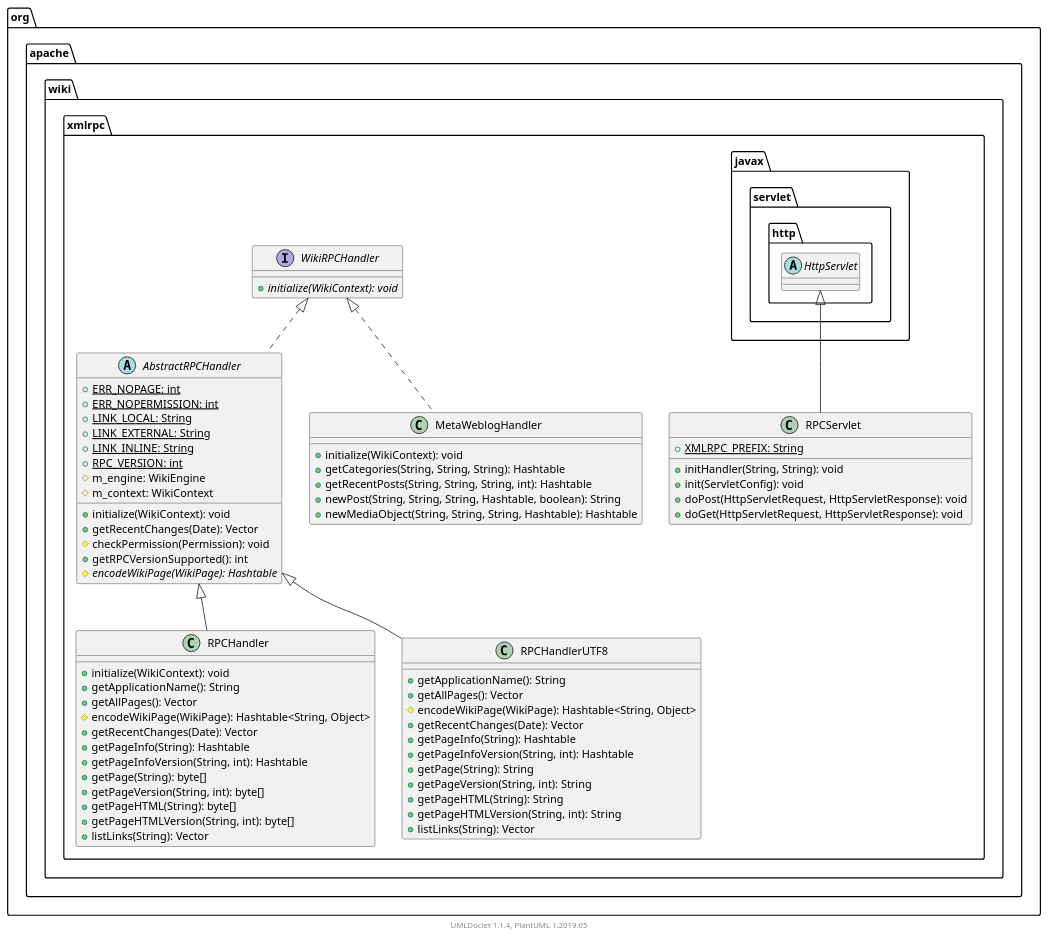
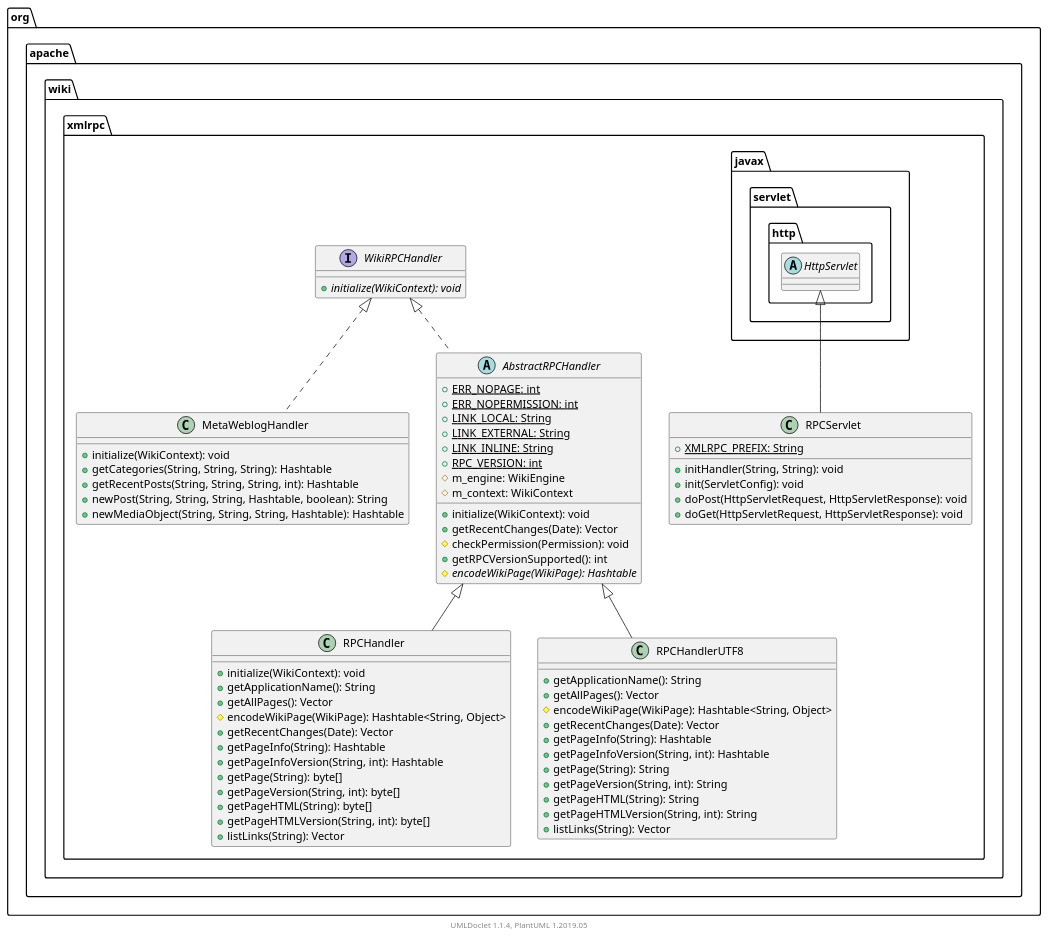
One commit to apache/jspwiki-site changed the diagram in apidocs/2.11.0.M7-SNAPSHOT/org/apache/wiki/xmlrpc/package.puml. Above: the diagram before and after it, drawn with PlantUML. The commit also changed other lines of this file and 1591 other files, not shown here.

```diff
--- a/apidocs/2.11.0.M7-SNAPSHOT/org/apache/wiki/xmlrpc/package.puml
+++ b/apidocs/2.11.0.M7-SNAPSHOT/org/apache/wiki/xmlrpc/package.puml
@@ -1,85 +1,85 @@
 @startuml
 
     namespace org.apache.wiki.xmlrpc {
 
         class RPCHandler [[RPCHandler.html]] {
             +initialize(WikiContext): void
             +getApplicationName(): String
             +getAllPages(): Vector
             #encodeWikiPage(WikiPage): Hashtable<String, Object>
             +getRecentChanges(Date): Vector
             +getPageInfo(String): Hashtable
             +getPageInfoVersion(String, int): Hashtable
             +getPage(String): byte[]
             +getPageVersion(String, int): byte[]
             +getPageHTML(String): byte[]
             +getPageHTMLVersion(String, int): byte[]
             +listLinks(String): Vector
         }
 
+        class RPCHandlerUTF8 [[RPCHandlerUTF8.html]] {
+            +getApplicationName(): String
+            +getAllPages(): Vector
+            #encodeWikiPage(WikiPage): Hashtable<String, Object>
+            +getRecentChanges(Date): Vector
+            +getPageInfo(String): Hashtable
+            +getPageInfoVersion(String, int): Hashtable
+            +getPage(String): String
+            +getPageVersion(String, int): String
+            +getPageHTML(String): String
+            +getPageHTMLVersion(String, int): String
+            +listLinks(String): Vector
+        }
+
+        interface WikiRPCHandler [[WikiRPCHandler.html]] {
+            {abstract} +initialize(WikiContext): void
+        }
+
+        class MetaWeblogHandler [[MetaWeblogHandler.html]] {
+            +initialize(WikiContext): void
+            +getCategories(String, String, String): Hashtable
+            +getRecentPosts(String, String, String, int): Hashtable
+            +newPost(String, String, String, Hashtable, boolean): String
+            +newMediaObject(String, String, String, Hashtable): Hashtable
+        }
+
+        class RPCServlet [[RPCServlet.html]] {
+            {static} +XMLRPC_PREFIX: String
+            +initHandler(String, String): void
+            +init(ServletConfig): void
+            +doPost(HttpServletRequest, HttpServletResponse): void
+            +doGet(HttpServletRequest, HttpServletResponse): void
+        }
+
         abstract class AbstractRPCHandler [[AbstractRPCHandler.html]] {
             {static} +ERR_NOPAGE: int
             {static} +ERR_NOPERMISSION: int
             {static} +LINK_LOCAL: String
             {static} +LINK_EXTERNAL: String
             {static} +LINK_INLINE: String
             {static} +RPC_VERSION: int
             #m_engine: WikiEngine
             #m_context: WikiContext
             +initialize(WikiContext): void
             +getRecentChanges(Date): Vector
             #checkPermission(Permission): void
             +getRPCVersionSupported(): int
             {abstract} #encodeWikiPage(WikiPage): Hashtable
         }
 
-        class RPCServlet [[RPCServlet.html]] {
-            {static} +XMLRPC_PREFIX: String
-            +initHandler(String, String): void
-            +init(ServletConfig): void
-            +doPost(HttpServletRequest, HttpServletResponse): void
-            +doGet(HttpServletRequest, HttpServletResponse): void
-        }
-
-        class MetaWeblogHandler [[MetaWeblogHandler.html]] {
-            +initialize(WikiContext): void
-            +getCategories(String, String, String): Hashtable
-            +getRecentPosts(String, String, String, int): Hashtable
-            +newPost(String, String, String, Hashtable, boolean): String
-            +newMediaObject(String, String, String, Hashtable): Hashtable
-        }
-
-        interface WikiRPCHandler [[WikiRPCHandler.html]] {
-            {abstract} +initialize(WikiContext): void
-        }
-
-        class RPCHandlerUTF8 [[RPCHandlerUTF8.html]] {
-            +getApplicationName(): String
-            +getAllPages(): Vector
-            #encodeWikiPage(WikiPage): Hashtable<String, Object>
-            +getRecentChanges(Date): Vector
-            +getPageInfo(String): Hashtable
-            +getPageInfoVersion(String, int): Hashtable
-            +getPage(String): String
-            +getPageVersion(String, int): String
-            +getPageHTML(String): String
-            +getPageHTMLVersion(String, int): String
-            +listLinks(String): Vector
-        }
-
         AbstractRPCHandler <|-- RPCHandler
 
-        WikiRPCHandler <|.. AbstractRPCHandler
+        AbstractRPCHandler <|-- RPCHandlerUTF8
+
+        WikiRPCHandler <|.. MetaWeblogHandler
 
         abstract class javax.servlet.http.HttpServlet
         javax.servlet.http.HttpServlet <|-- RPCServlet
 
-        WikiRPCHandler <|.. MetaWeblogHandler
-
-        AbstractRPCHandler <|-- RPCHandlerUTF8
+        WikiRPCHandler <|.. AbstractRPCHandler
 
     }
 
 
     center footer UMLDoclet 1.1.4, PlantUML 1.2019.05
 @enduml
```
